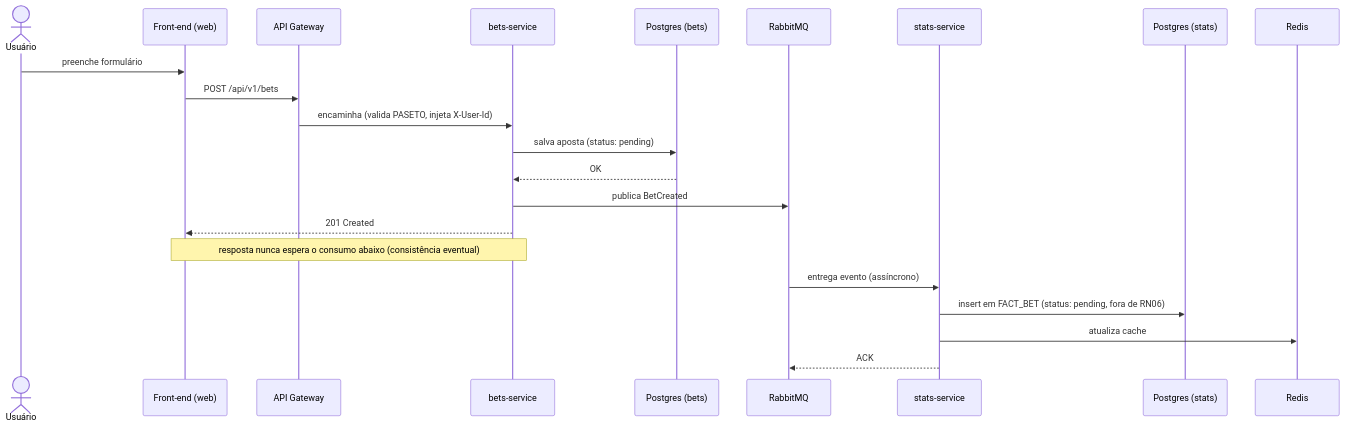
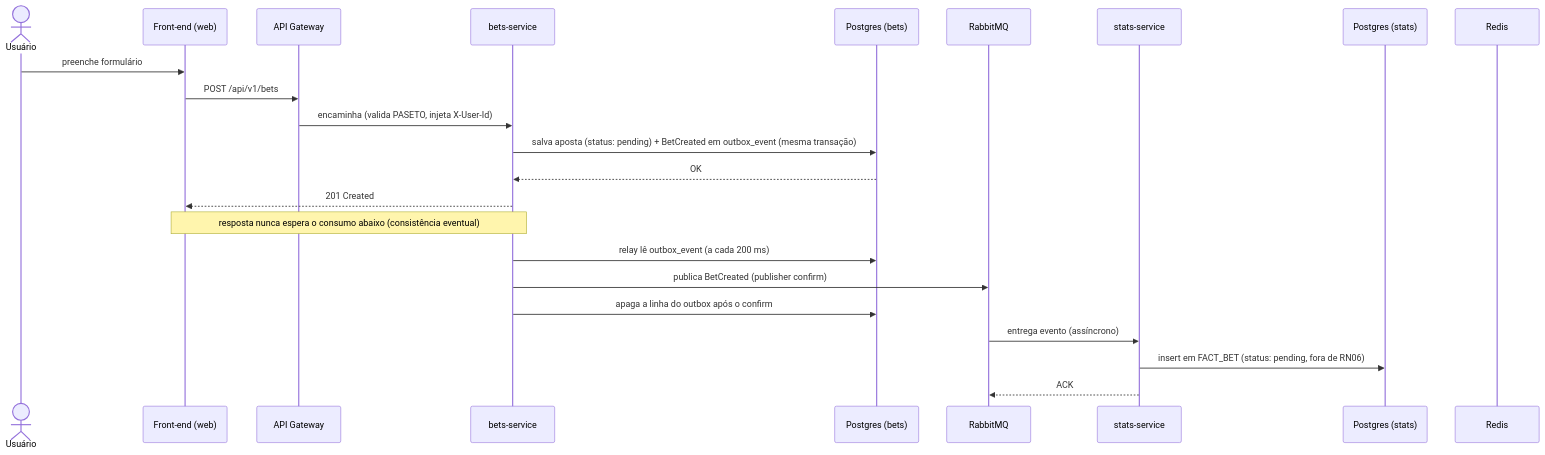
One commit to eimmig/sv-harness changed the first of 4 diagrams in docs/arquitetura.md. Above: the diagram before and after it, drawn with Mermaid. The commit also changed other lines of this file and 3 other files, not shown here.

First line of the commit message:
docs(root): align architecture flows, bets ERD and cache keys with the code

````diff
--- a/docs/arquitetura.md
+++ b/docs/arquitetura.md
@@ -135,25 +138,26 @@
 ```mermaid
 sequenceDiagram
     actor U as Usuário
     participant FE as Front-end (web)
     participant GW as API Gateway
     participant BS as bets-service
     participant BDB as Postgres (bets)
     participant MQ as RabbitMQ
     participant SS as stats-service
     participant SDB as Postgres (stats)
     participant R as Redis
 
     U->>FE: preenche formulário
     FE->>GW: POST /api/v1/bets
     GW->>BS: encaminha (valida PASETO, injeta X-User-Id)
-    BS->>BDB: salva aposta (status: pending)
+    BS->>BDB: salva aposta (status: pending) + BetCreated em outbox_event (mesma transação)
     BDB-->>BS: OK
-    BS->>MQ: publica BetCreated
     BS-->>FE: 201 Created
     Note over BS,FE: resposta nunca espera o consumo abaixo (consistência eventual)
+    BS->>BDB: relay lê outbox_event (a cada 200 ms)
+    BS->>MQ: publica BetCreated (publisher confirm)
+    BS->>BDB: apaga a linha do outbox após o confirm
     MQ->>SS: entrega evento (assíncrono)
     SS->>SDB: insert em FACT_BET (status: pending, fora de RN06)
-    SS->>R: atualiza cache
     SS-->>MQ: ACK
 ```
````
